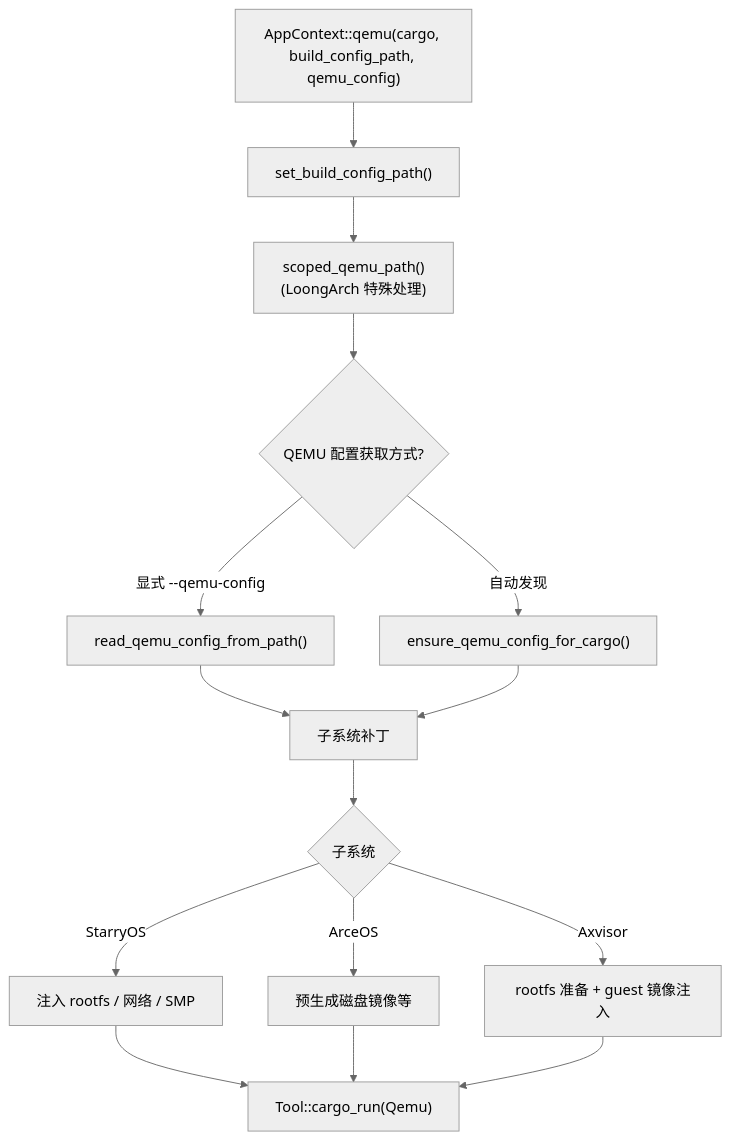
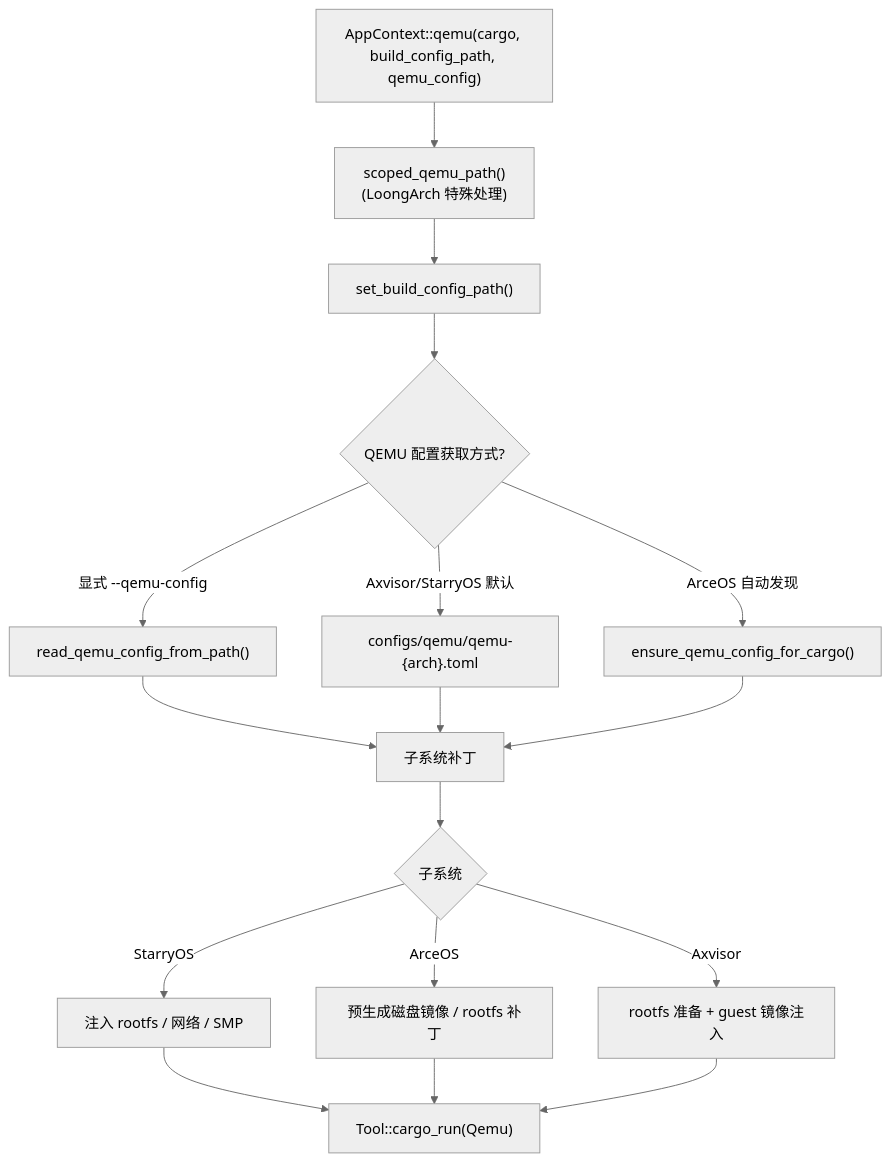
One commit to ZR233/tgoskits changed the first of 6 diagrams in docs/docs/build/run.md. Above: the diagram before and after it, drawn with Mermaid (neutral theme). The commit also changed other lines of this file and 9 other files, not shown here.

````diff
--- a/docs/docs/build/run.md
+++ b/docs/docs/build/run.md
@@ -30,17 +34,19 @@
 ```mermaid
 flowchart TD
-    A["AppContext::qemu(cargo, build_config_path, qemu_config)"] --> B["set_build_config_path()"]
-    B --> C["scoped_qemu_path()<br/>(LoongArch 特殊处理)"]
+    A["AppContext::qemu(cargo, build_config_path, qemu_config)"] --> B["scoped_qemu_path()<br/>(LoongArch 特殊处理)"]
+    B --> C["set_build_config_path()"]
     C --> D{QEMU 配置获取方式?}
     D -->|显式 --qemu-config| E["read_qemu_config_from_path()"]
-    D -->|自动发现| F["ensure_qemu_config_for_cargo()"]
+    D -->|Axvisor/StarryOS 默认| F1["configs/qemu/qemu-{arch}.toml"]
+    D -->|ArceOS 自动发现| F2["ensure_qemu_config_for_cargo()"]
     E --> G[子系统补丁]
-    F --> G
+    F1 --> G
+    F2 --> G
     G --> H{子系统}
     H -->|StarryOS| I["注入 rootfs / 网络 / SMP"]
-    H -->|ArceOS| J["预生成磁盘镜像等"]
+    H -->|ArceOS| J["预生成磁盘镜像 / rootfs 补丁"]
     H -->|Axvisor| K["rootfs 准备 + guest 镜像注入"]
     I --> L["Tool::cargo_run(Qemu)"]
     J --> L
     K --> L
 ```
````
